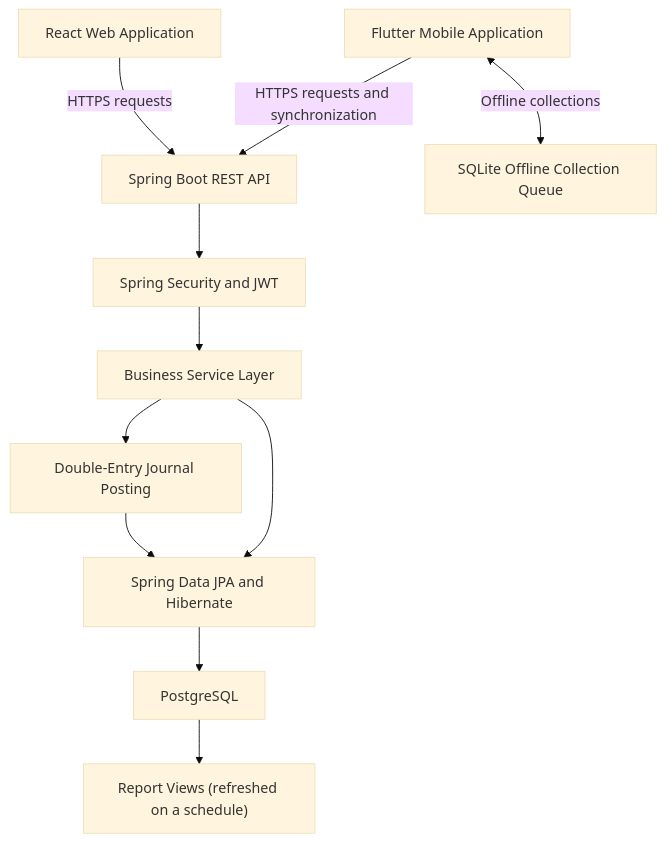
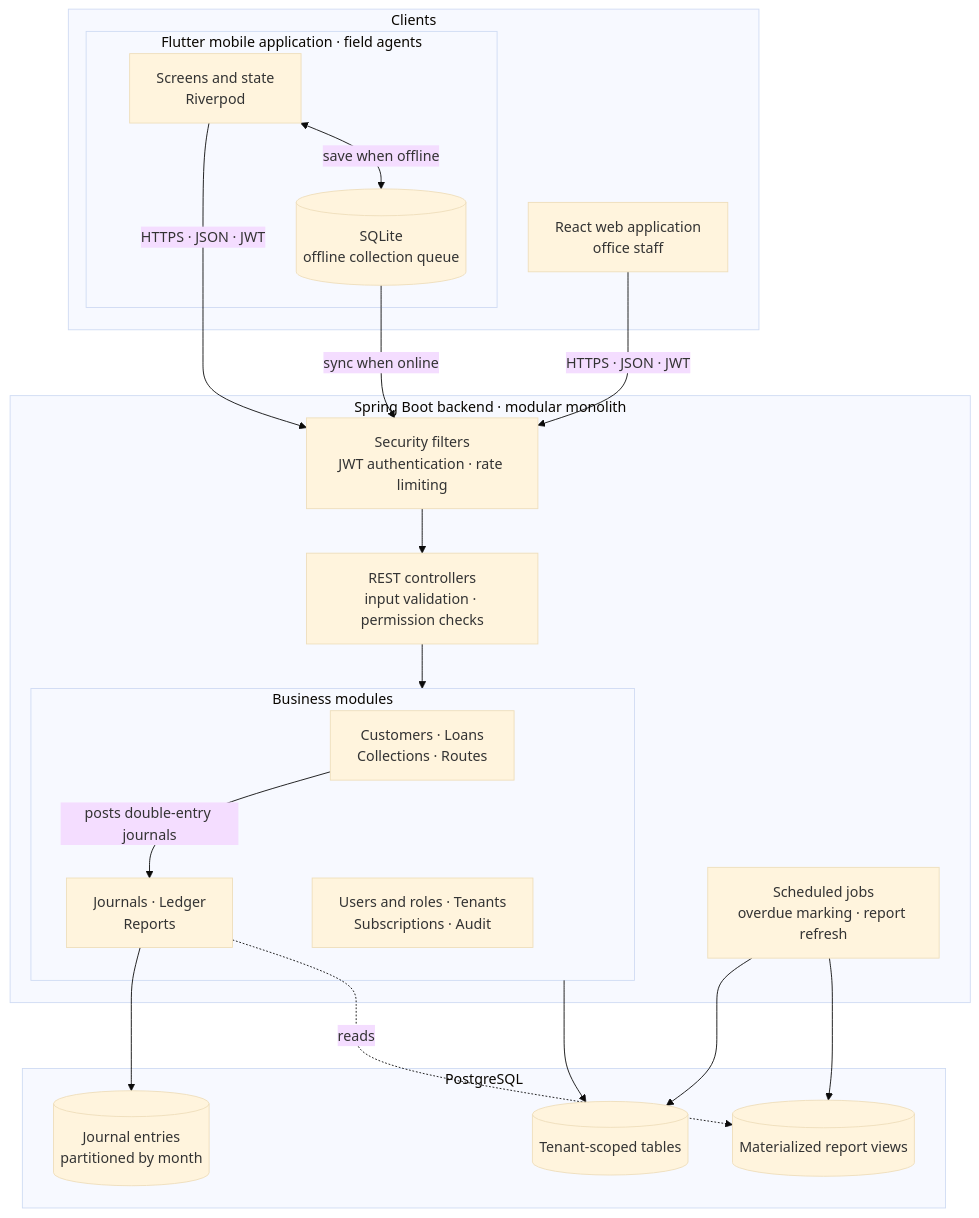
One commit to sathiyaseelanm/finance-collection-management-case-study changed the first of 2 diagrams in README.md. Above: the diagram before and after it, drawn with Mermaid (base theme). The commit also changed other lines of this file, not shown here.

First line of the commit message:
docs: arrange screenshots in grids and expand architecture diagrams

````diff
--- a/README.md
+++ b/README.md
@@ -102,24 +83,39 @@
 ```mermaid
 flowchart TD
-    Web["React Web Application"]
-    Mobile["Flutter Mobile Application"]
-    Local["SQLite Offline Collection Queue"]
-    API["Spring Boot REST API"]
-    Security["Spring Security and JWT"]
-    Services["Business Service Layer"]
-    Accounting["Double-Entry Journal Posting"]
-    Persistence["Spring Data JPA and Hibernate"]
-    DB["PostgreSQL"]
-    Reports["Report Views (refreshed on a schedule)"]
+    subgraph Clients["Clients"]
+        Web["React web application<br/>office staff"]
+        subgraph MobileApp["Flutter mobile application · field agents"]
+            Mobile["Screens and state<br/>Riverpod"]
+            Queue[("SQLite<br/>offline collection queue")]
+        end
+    end
 
-    Web -->|"HTTPS requests"| API
-    Mobile -->|"HTTPS requests and synchronization"| API
-    Mobile <-->|"Offline collections"| Local
-    API --> Security
-    Security --> Services
-    Services --> Accounting
-    Services --> Persistence
-    Accounting --> Persistence
-    Persistence --> DB
-    DB --> Reports
+    subgraph Backend["Spring Boot backend · modular monolith"]
+        Security["Security filters<br/>JWT authentication · rate limiting"]
+        Controllers["REST controllers<br/>input validation · permission checks"]
+        subgraph Modules["Business modules"]
+            Lending["Customers · Loans<br/>Collections · Routes"]
+            Accounting["Journals · Ledger<br/>Reports"]
+            Platform["Users and roles · Tenants<br/>Subscriptions · Audit"]
+        end
+        Jobs["Scheduled jobs<br/>overdue marking · report refresh"]
+    end
+
+    subgraph Data["PostgreSQL"]
+        Tables[("Tenant-scoped tables")]
+        Journal[("Journal entries<br/>partitioned by month")]
+        Views[("Materialized report views")]
+    end
+
+    Web -->|"HTTPS · JSON · JWT"| Security
+    Mobile -->|"HTTPS · JSON · JWT"| Security
+    Mobile <-->|"save when offline"| Queue
+    Queue -->|"sync when online"| Security
+    Security --> Controllers --> Modules
+    Lending -->|"posts double-entry journals"| Accounting
+    Modules --> Tables
+    Accounting --> Journal
+    Jobs --> Tables
+    Jobs --> Views
+    Accounting -.->|"reads"| Views
 ```
````
